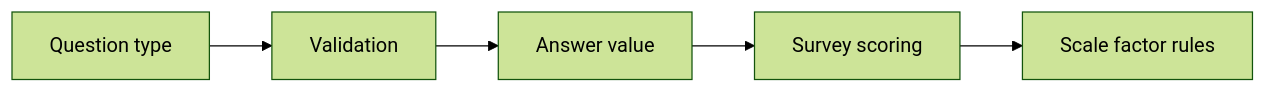
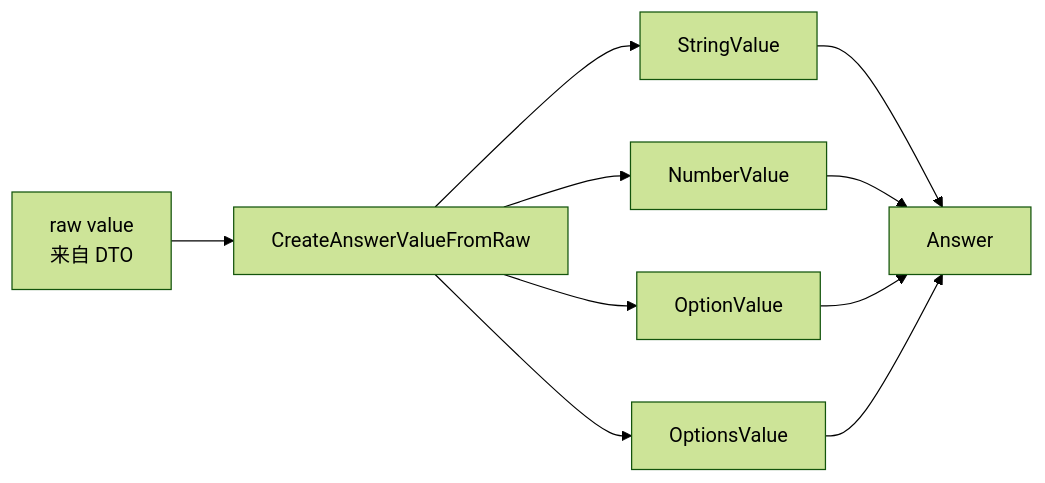
Before and after one commit to FangcunMount/qs-server: the first of 3 diagrams in docs/02-业务模块/survey/03-题型校验与计分扩展.md, drawn with Mermaid (forest theme). The commit also changed other lines of this file and 7 other files, not shown here.

````diff
--- a/docs/02-业务模块/survey/03-题型校验与计分扩展.md
+++ b/docs/02-业务模块/survey/03-题型校验与计分扩展.md
@@ -14,11 +85,12 @@
 ```mermaid
 flowchart LR
-    question["Question type"]
-    validation["Validation"]
-    answer["Answer value"]
-    score["Survey scoring"]
-    scale["Scale factor rules"]
-
-    question --> validation --> answer --> score
-    score --> scale
+    raw["raw value<br/>来自 DTO"] --> factory["CreateAnswerValueFromRaw"]
+    factory --> string["StringValue"]
+    factory --> number["NumberValue"]
+    factory --> option["OptionValue"]
+    factory --> options["OptionsValue"]
+    string --> answer["Answer"]
+    number --> answer
+    option --> answer
+    options --> answer
 ```
````
